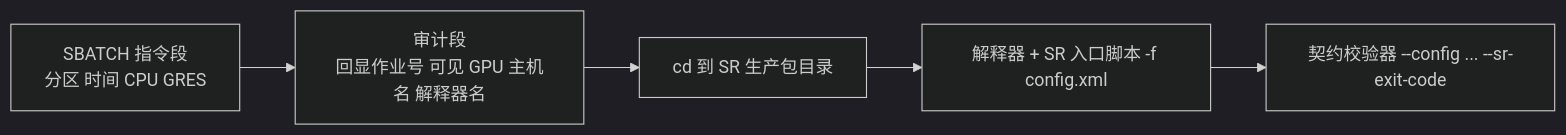
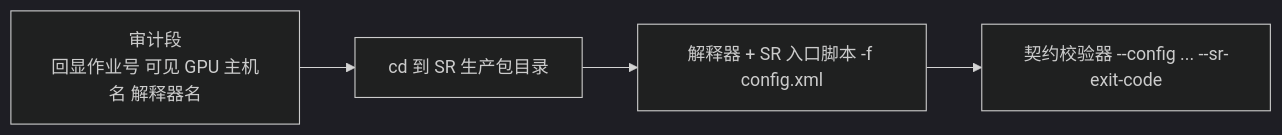
The third of 5 diagrams in docs/knowledge/io-pipeline/sr-io.md (Jason001028/sr_agent_platform), drawn with Mermaid (dark theme) before and after one commit. The commit also changed other lines of this file and 74 other files, not shown here.

````diff
--- a/docs/knowledge/io-pipeline/sr-io.md
+++ b/docs/knowledge/io-pipeline/sr-io.md
@@ -106,7 +103,6 @@
 ```mermaid
 flowchart LR
-  A["SBATCH 指令段<br/>分区 时间 CPU GRES"] --> B["审计段<br/>回显作业号 可见 GPU 主机名 解释器名"]
-  B --> C["cd 到 SR 生产包目录"]
-  C --> D["解释器 + SR 入口脚本 -f config.xml"]
-  D --> E["契约校验器 --config ... --sr-exit-code"]
+  A["审计段<br/>回显作业号 可见 GPU 主机名 解释器名"] --> B["cd 到 SR 生产包目录"]
+  B --> C["解释器 + SR 入口脚本 -f config.xml"]
+  C --> D["契约校验器 --config ... --sr-exit-code"]
 ```
````
